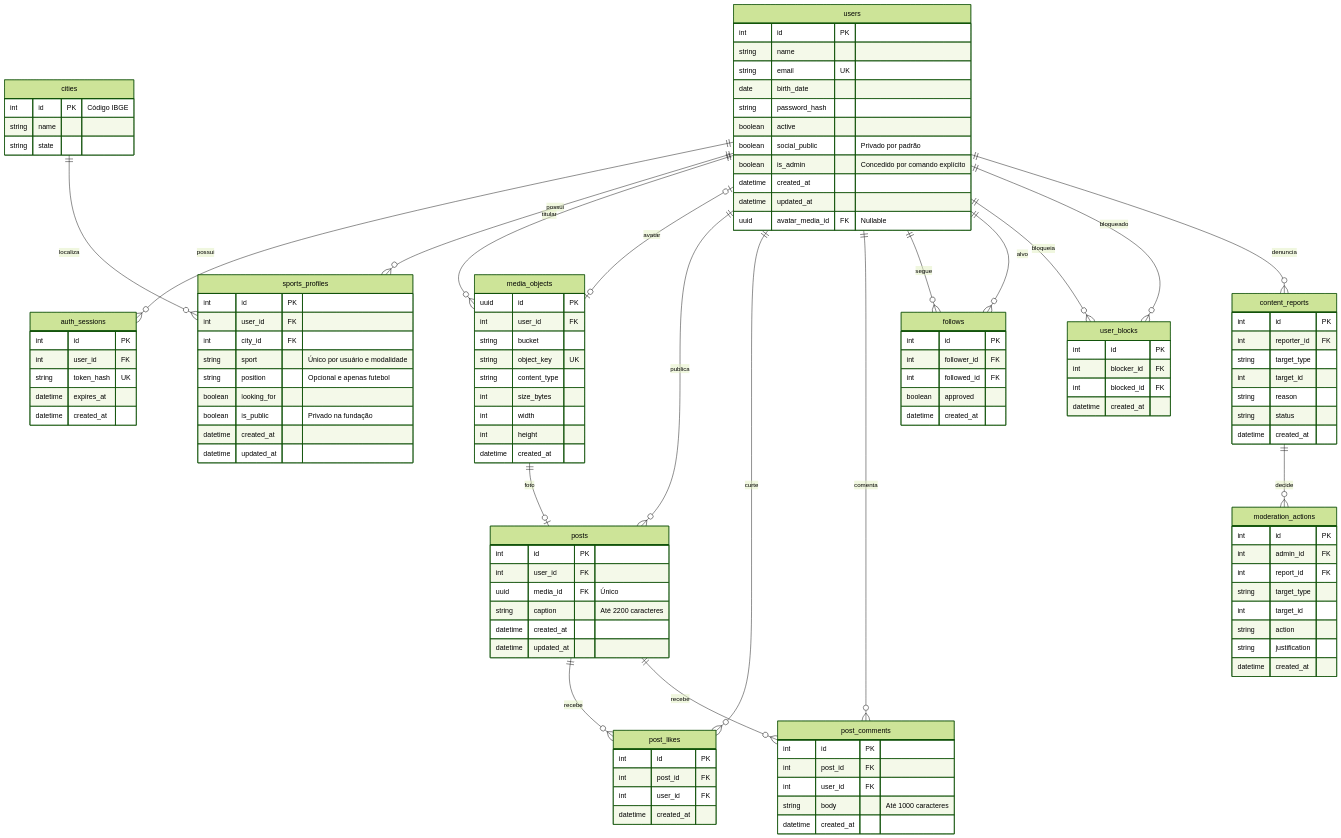
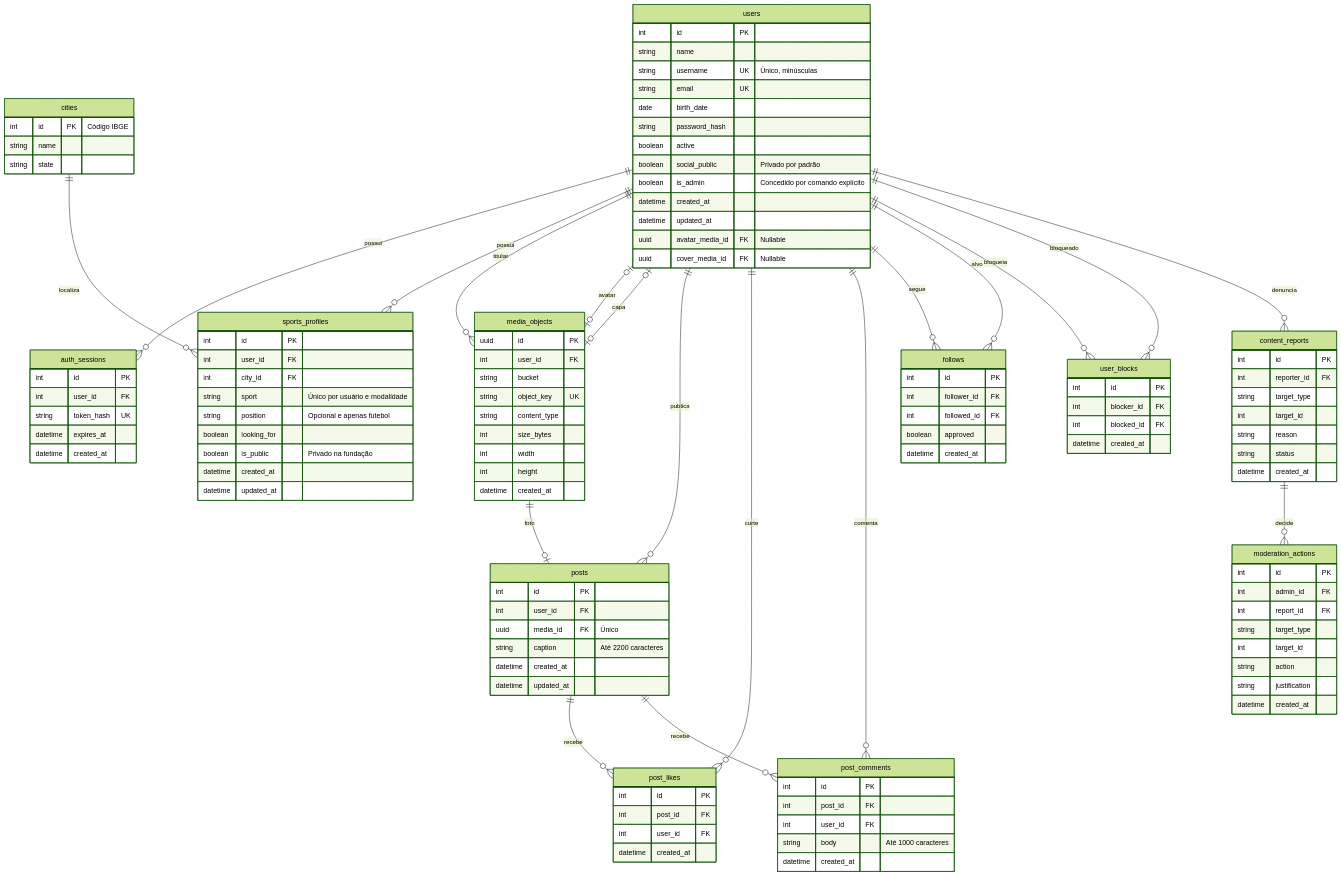
Before and after one commit to davicl04/arena: the second of 2 diagrams in docs/diagramas/fundacao.md, drawn with Mermaid (forest theme). The commit also changed 67 other files, not shown here.

```diff
--- a/docs/diagramas/fundacao.md
+++ b/docs/diagramas/fundacao.md
@@ -20,6 +20,7 @@
     users ||--o{ sports_profiles : possui
     users ||--o{ media_objects : titular
     users o|--o| media_objects : avatar
+    users o|--o| media_objects : capa
     users ||--o{ posts : publica
     media_objects ||--o| posts : foto
     posts ||--o{ post_likes : recebe
@@ -36,6 +37,7 @@
     users {
         int id PK
         string name
+        string username UK "Único, minúsculas"
         string email UK
         date birth_date
         string password_hash
@@ -45,6 +47,7 @@
         datetime created_at
         datetime updated_at
         uuid avatar_media_id FK "Nullable"
+        uuid cover_media_id FK "Nullable"
     }
     media_objects {
         uuid id PK
```
